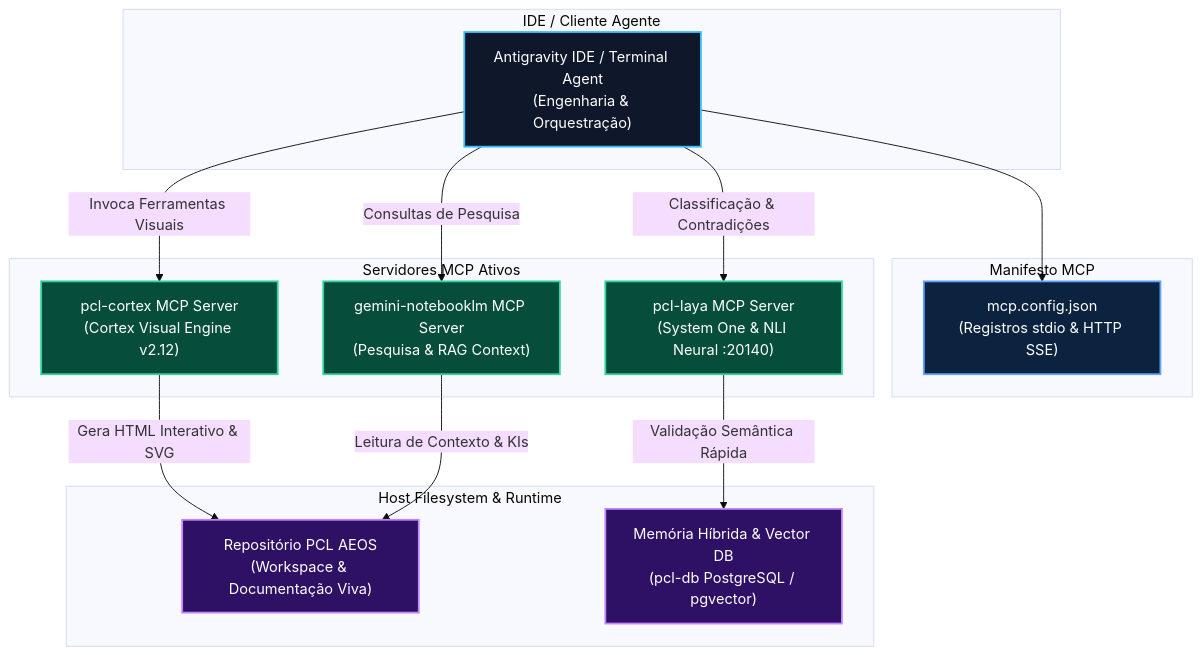
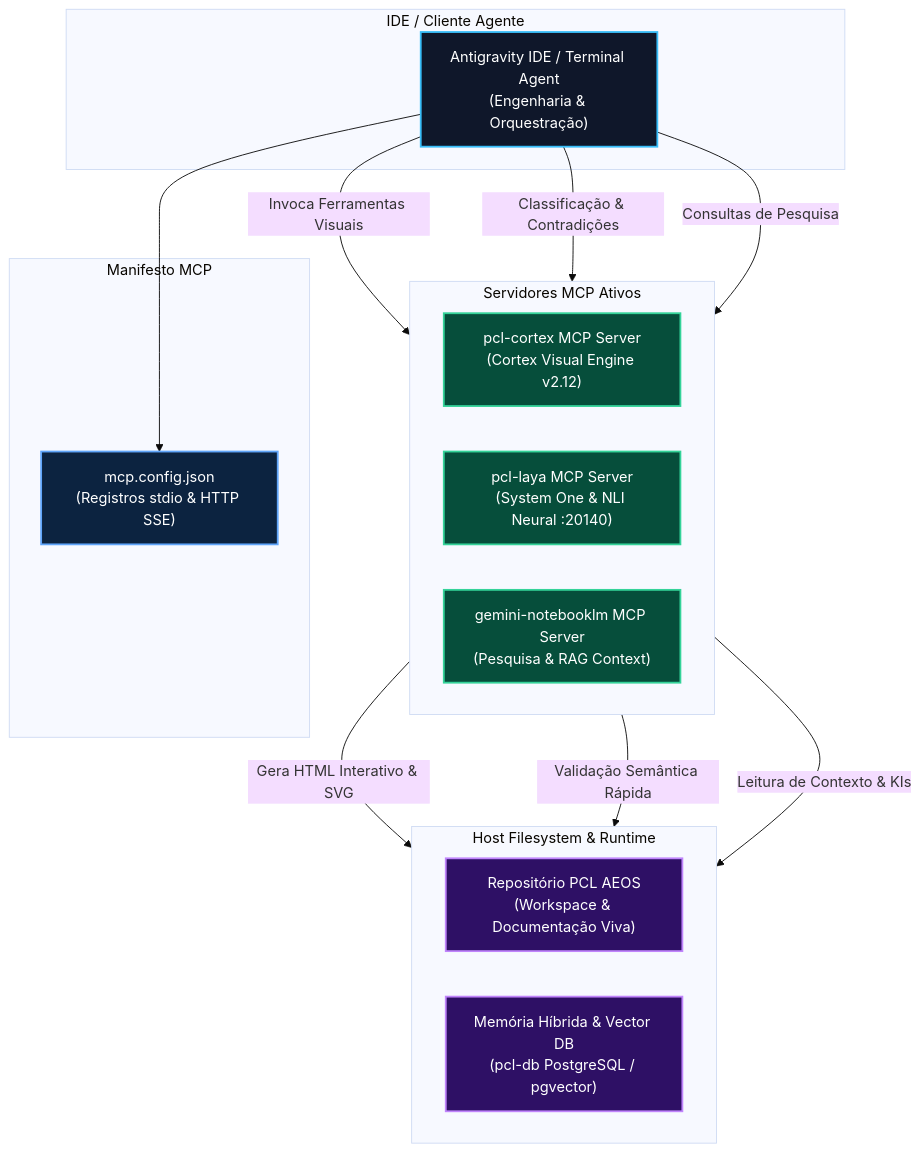
One commit to EnterDufter/PromptCoreLabs_AEOS changed the diagram in projects/Living Architecture PCL AEOS/docs/integrations-mcp/README.md. Above: the diagram before and after it, drawn with Mermaid (base theme). The commit also changed 4 other files, not shown here.

Commit message:
fix(design): expand diagram aspect ratio horizontally, unclamp print media scale and standardize card layouts

````diff
--- a/projects/Living Architecture PCL AEOS/docs/integrations-mcp/README.md
+++ b/projects/Living Architecture PCL AEOS/docs/integrations-mcp/README.md
@@ -21,34 +21,36 @@
 ```mermaid
 graph TD
     classDef client fill:#0f172a,stroke:#38bdf8,stroke-width:2px,color:#ffffff
     classDef config fill:#0c2340,stroke:#60a5fa,stroke-width:2px,color:#ffffff
     classDef server fill:#064e3b,stroke:#34d399,stroke-width:2px,color:#ffffff
     classDef target fill:#2e1065,stroke:#c084fc,stroke-width:2px,color:#ffffff
 
     subgraph ClientLayer["IDE / Cliente Agente"]
         IDE["Antigravity IDE / Terminal Agent<br/>(Engenharia & Orquestração)"]:::client
     end
 
     subgraph ConfigLayer["Manifesto MCP"]
         CONF["mcp.config.json<br/>(Registros stdio & HTTP SSE)"]:::config
     end
 
     subgraph MCPServers["Servidores MCP Ativos"]
+        direction LR
         CX_MCP["pcl-cortex MCP Server<br/>(Cortex Visual Engine v2.12)"]:::server
         LAYA_MCP["pcl-laya MCP Server<br/>(System One & NLI Neural :20140)"]:::server
         NLM_MCP["gemini-notebooklm MCP Server<br/>(Pesquisa & RAG Context)"]:::server
     end
 
     subgraph TargetWorkspace["Host Filesystem & Runtime"]
+        direction LR
         WS["Repositório PCL AEOS<br/>(Workspace & Documentação Viva)"]:::target
         MEM["Memória Híbrida & Vector DB<br/>(pcl-db PostgreSQL / pgvector)"]:::target
     end
 
     IDE --> CONF
     IDE -->|Invoca Ferramentas Visuais| CX_MCP
     IDE -->|Classificação & Contradições| LAYA_MCP
     IDE -->|Consultas de Pesquisa| NLM_MCP
     CX_MCP -->|Gera HTML Interativo & SVG| WS
     LAYA_MCP -->|Validação Semântica Rápida| MEM
     NLM_MCP -->|Leitura de Contexto & KIs| WS
 ```
````
